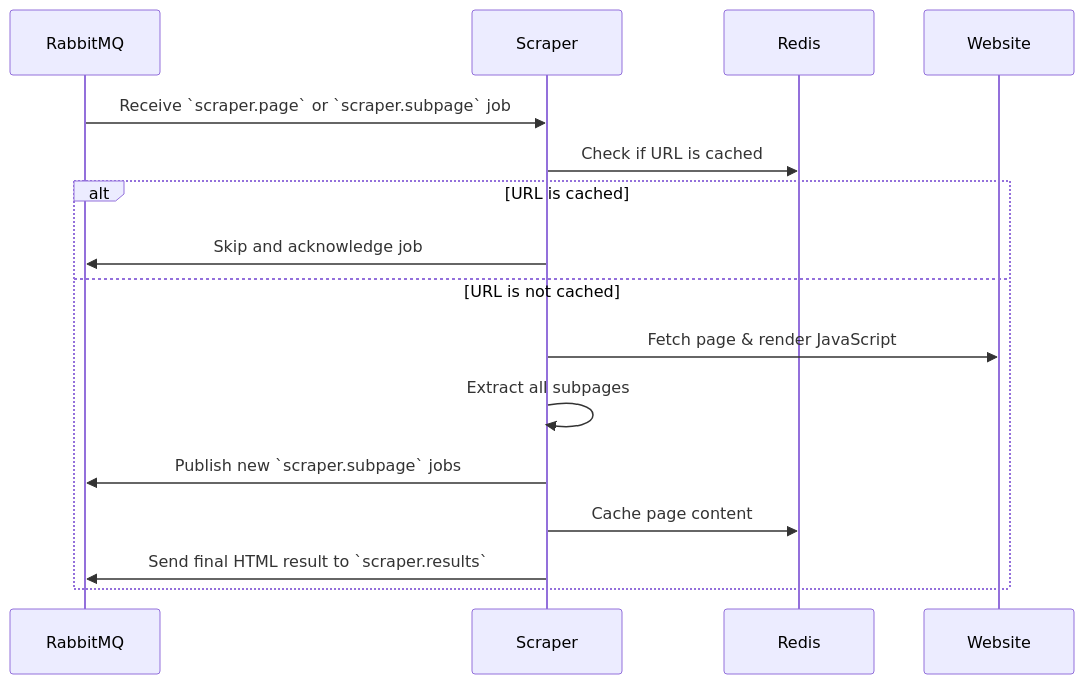
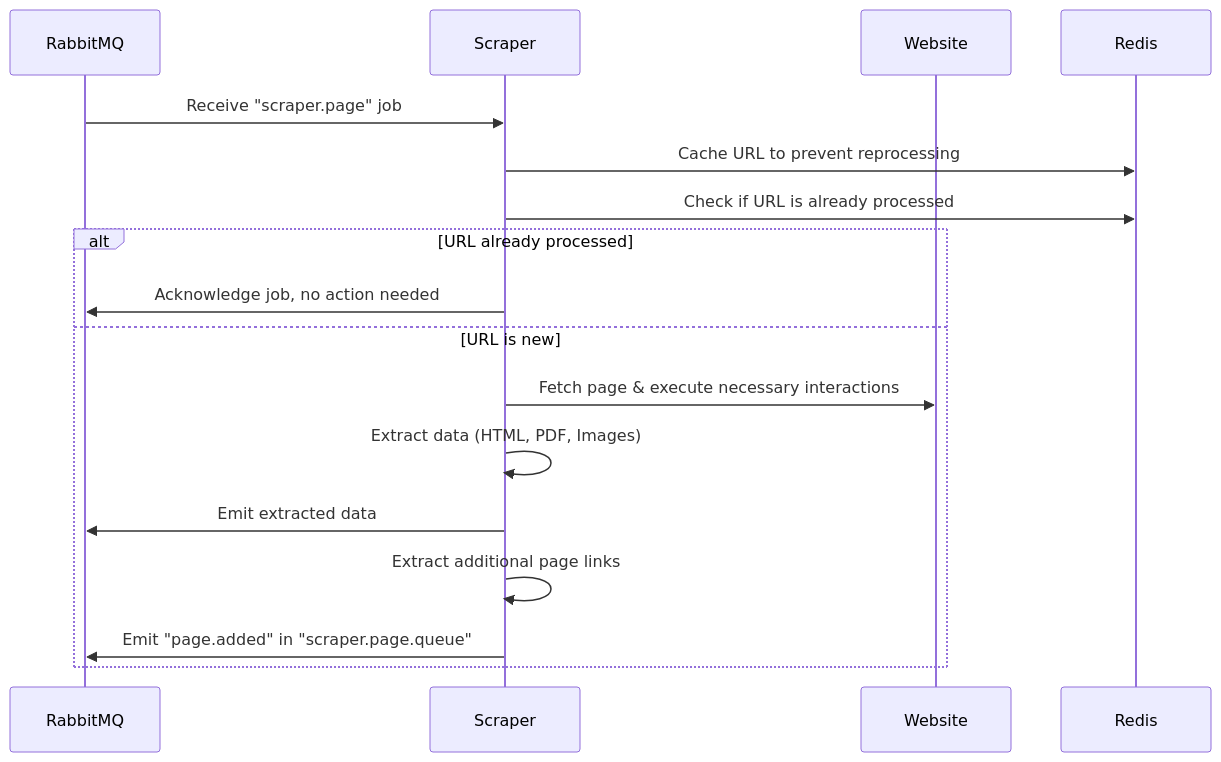
The second of 3 diagrams in README.md (roflc0pter/food-craver), drawn with Mermaid before and after one commit. The commit also changed other lines of this file and 9 other files, not shown here.

````diff
--- a/README.md
+++ b/README.md
@@ -180,19 +131,20 @@
 ```mermaid
 sequenceDiagram
     participant RabbitMQ
     participant Scraper
+    participant Website
     participant Redis
-    participant Website
 
-    RabbitMQ->>Scraper: Receive `scraper.page` or `scraper.subpage` job
-    Scraper->>Redis: Check if URL is cached
-    alt URL is cached
-        Scraper->>RabbitMQ: Skip and acknowledge job
-    else URL is not cached
-        Scraper->>Website: Fetch page & render JavaScript
-        Scraper->>Scraper: Extract all subpages
-        Scraper->>RabbitMQ: Publish new `scraper.subpage` jobs
-        Scraper->>Redis: Cache page content
-        Scraper->>RabbitMQ: Send final HTML result to `scraper.results`
+    RabbitMQ->>Scraper: Receive "scraper.page" job
+    Scraper->>Redis: Cache URL to prevent reprocessing
+    Scraper->>Redis: Check if URL is already processed
+    alt URL already processed
+        Scraper->>RabbitMQ: Acknowledge job, no action needed
+    else URL is new
+        Scraper->>Website: Fetch page & execute necessary interactions
+        Scraper->>Scraper: Extract data (HTML, PDF, Images)
+        Scraper->>RabbitMQ: Emit extracted data
+        Scraper->>Scraper: Extract additional page links
+        Scraper->>RabbitMQ: Emit "page.added" in "scraper.page.queue"
     end
 ```
````
